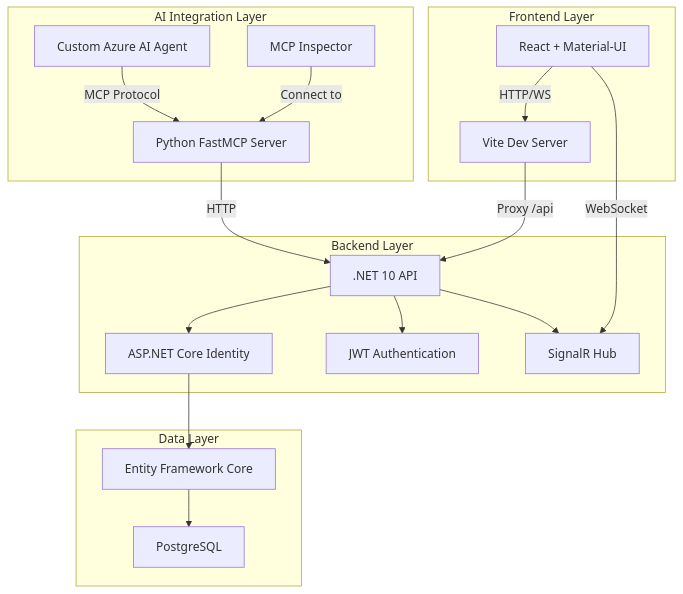
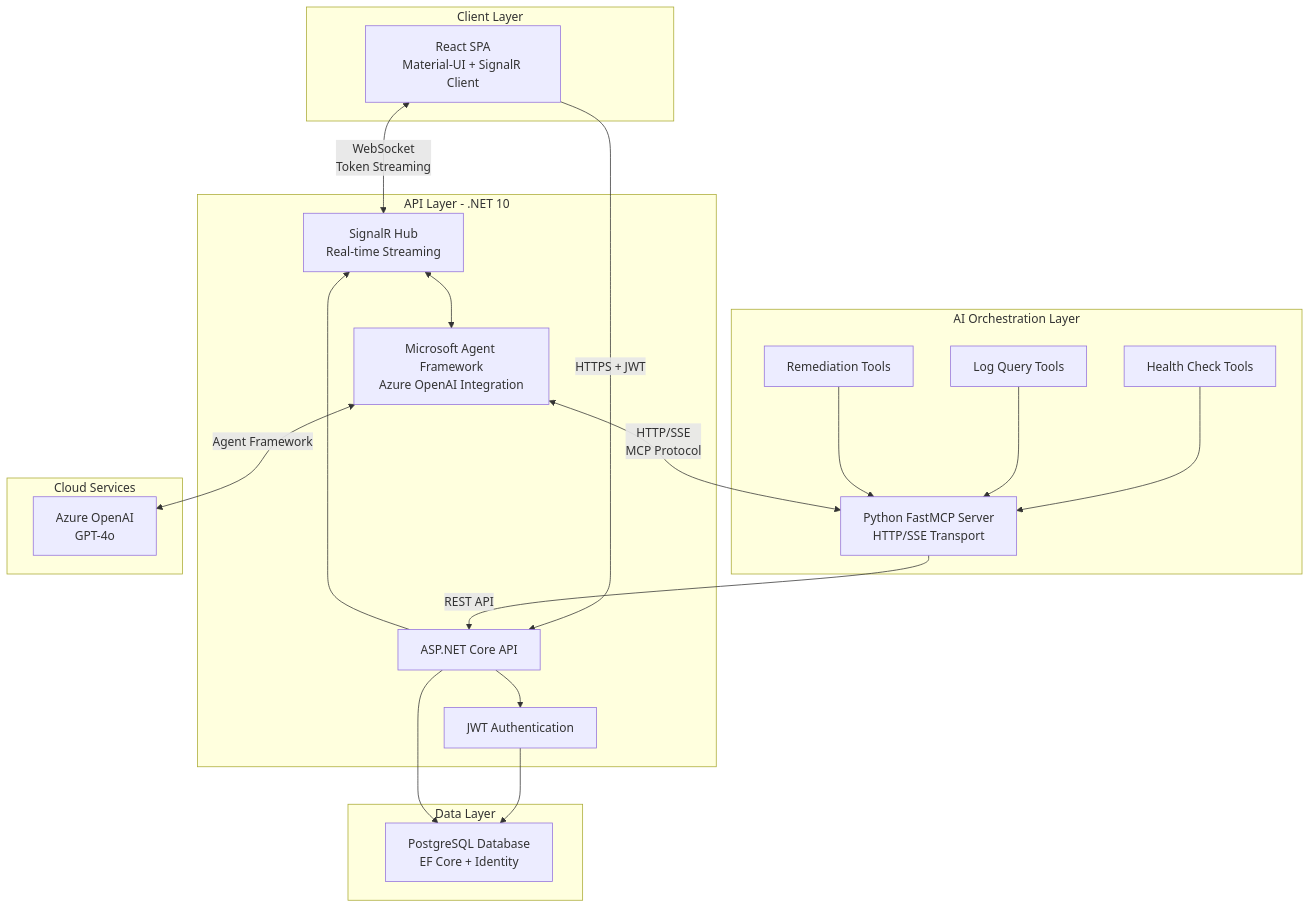
Before and after one commit to carsonmellblom/IncidentCommander: the first of 2 diagrams in README.md, drawn with Mermaid. The commit also changed other lines of this file and 17 other files, not shown here.

First line of the commit message:
1-add-microsoft-agent-framework-agent-connect-to-mcp-server-create-chat-box-enable-communication

````diff
--- a/README.md
+++ b/README.md
@@ -25,38 +29,42 @@
 ```mermaid
 graph TB
-    subgraph "Frontend Layer"
-        A[React + Material-UI]
-        A1[Vite Dev Server]
+    subgraph "Client Layer"
+        A[React SPA<br/>Material-UI + SignalR Client]
     end
     
-    subgraph "Backend Layer"
-        B[.NET 10 API]
-        B1[ASP.NET Core Identity]
-        B2[JWT Authentication]
-        B3[SignalR Hub]
+    subgraph "API Layer - .NET 10"
+        B[ASP.NET Core API]
+        B1[JWT Authentication]
+        B2[SignalR Hub<br/>Real-time Streaming]
+        B3[Microsoft Agent Framework<br/>Azure OpenAI Integration]
     end
-
-    subgraph "AI Integration Layer"
-        D[Python FastMCP Server]
-        D1[Custom Azure AI Agent]
-        D2[MCP Inspector]
+    
+    subgraph "AI Orchestration Layer"
+        D[Python FastMCP Server<br/>HTTP/SSE Transport]
+        D1[Health Check Tools]
+        D2[Log Query Tools]
+        D3[Remediation Tools]
     end
     
     subgraph "Data Layer"
-        C[PostgreSQL]
-        C1[Entity Framework Core]
+        C[PostgreSQL Database<br/>EF Core + Identity]
     end
     
-    A -->|HTTP/WS| A1
-    A1 -->|Proxy /api| B
-    A -->|WebSocket| B3
+    subgraph "Cloud Services"
+        E[Azure OpenAI<br/>GPT-4o]
+    end
+    
+    A <-->|WebSocket<br/>Token Streaming| B2
+    A -->|HTTPS + JWT| B
     B --> B1
     B --> B2
-    B --> B3
-    B1 --> C1
-    C1 --> C
-    
-    D1 -->|MCP Protocol| D
-    D -->|HTTP| B
-    D2 -->|Connect to| D
+    B2 <--> B3
+    B3 <-->|Agent Framework| E
+    B3 <-->|HTTP/SSE<br/>MCP Protocol| D
+    D -->|REST API| B
+    B1 --> C
+    B --> C
+    D1 --> D
+    D2 --> D
+    D3 --> D
 ```
````
